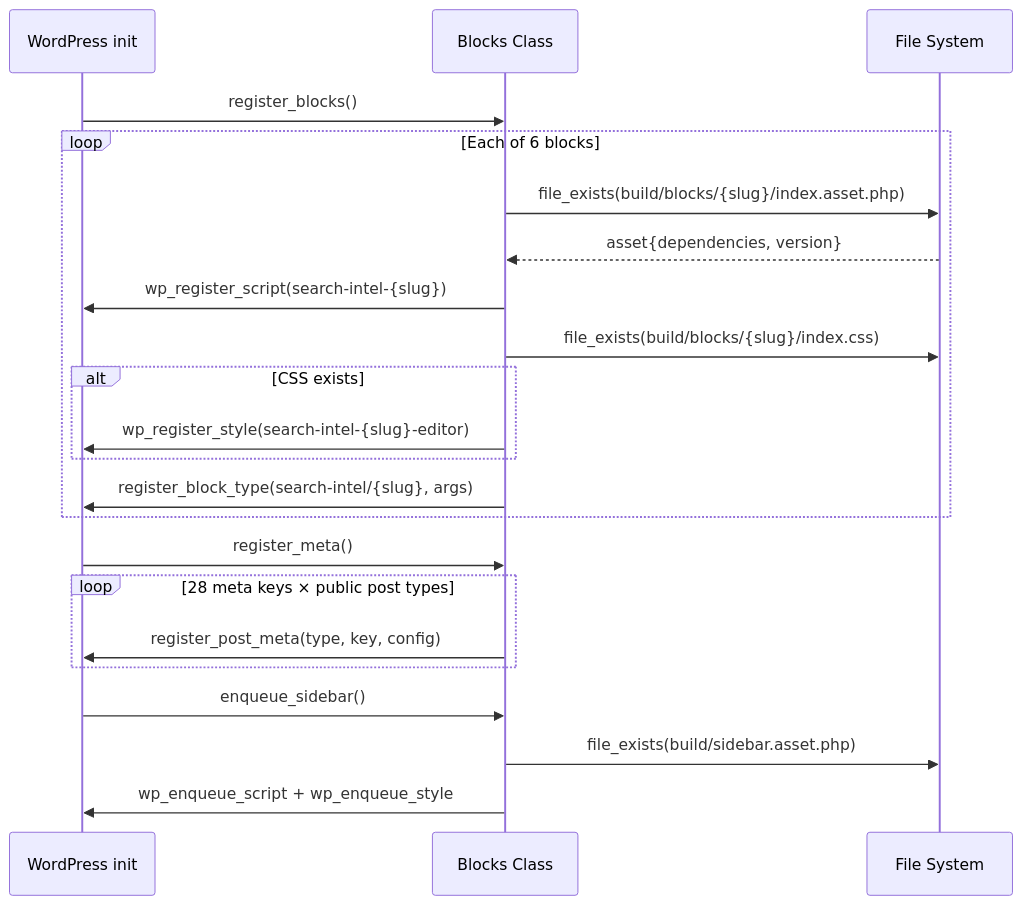
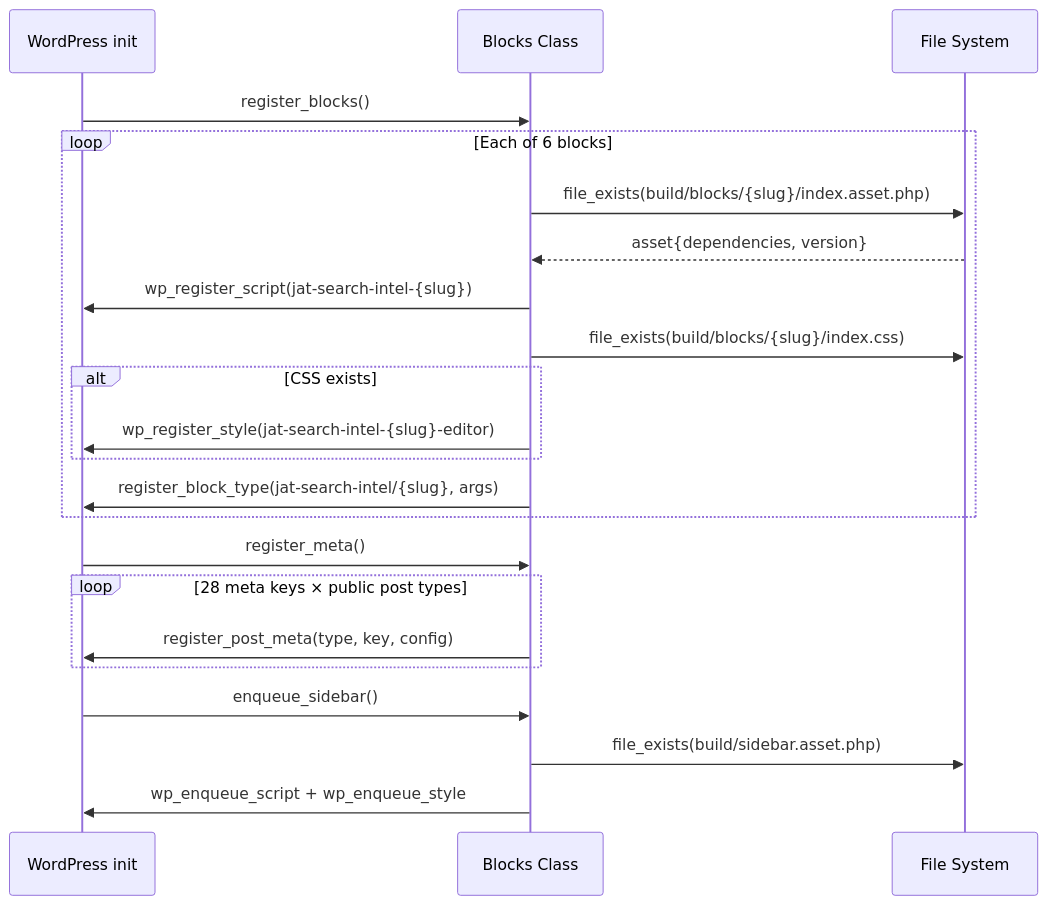
The tenth of 14 diagrams in README.md (CptNope/JAT-Search-Intel), drawn with Mermaid before and after one commit. The commit also changed other lines of this file and 159 other files, not shown here.

First line of the commit message:
Rename every identifier to jat-search-intel / jat_search_intel / JAT_Search_Intel

````diff
--- a/README.md
+++ b/README.md
@@ -834,27 +834,27 @@
 ```mermaid
 sequenceDiagram
     participant WP as WordPress init
     participant B as Blocks Class
     participant FS as File System
 
     WP->>B: register_blocks()
     loop Each of 6 blocks
         B->>FS: file_exists(build/blocks/{slug}/index.asset.php)
         FS-->>B: asset{dependencies, version}
-        B->>WP: wp_register_script(search-intel-{slug})
+        B->>WP: wp_register_script(jat-search-intel-{slug})
         B->>FS: file_exists(build/blocks/{slug}/index.css)
         alt CSS exists
-            B->>WP: wp_register_style(search-intel-{slug}-editor)
+            B->>WP: wp_register_style(jat-search-intel-{slug}-editor)
         end
-        B->>WP: register_block_type(search-intel/{slug}, args)
+        B->>WP: register_block_type(jat-search-intel/{slug}, args)
     end
 
     WP->>B: register_meta()
     loop 28 meta keys × public post types
         B->>WP: register_post_meta(type, key, config)
     end
 
     WP->>B: enqueue_sidebar()
     B->>FS: file_exists(build/sidebar.asset.php)
     B->>WP: wp_enqueue_script + wp_enqueue_style
 ```
````
